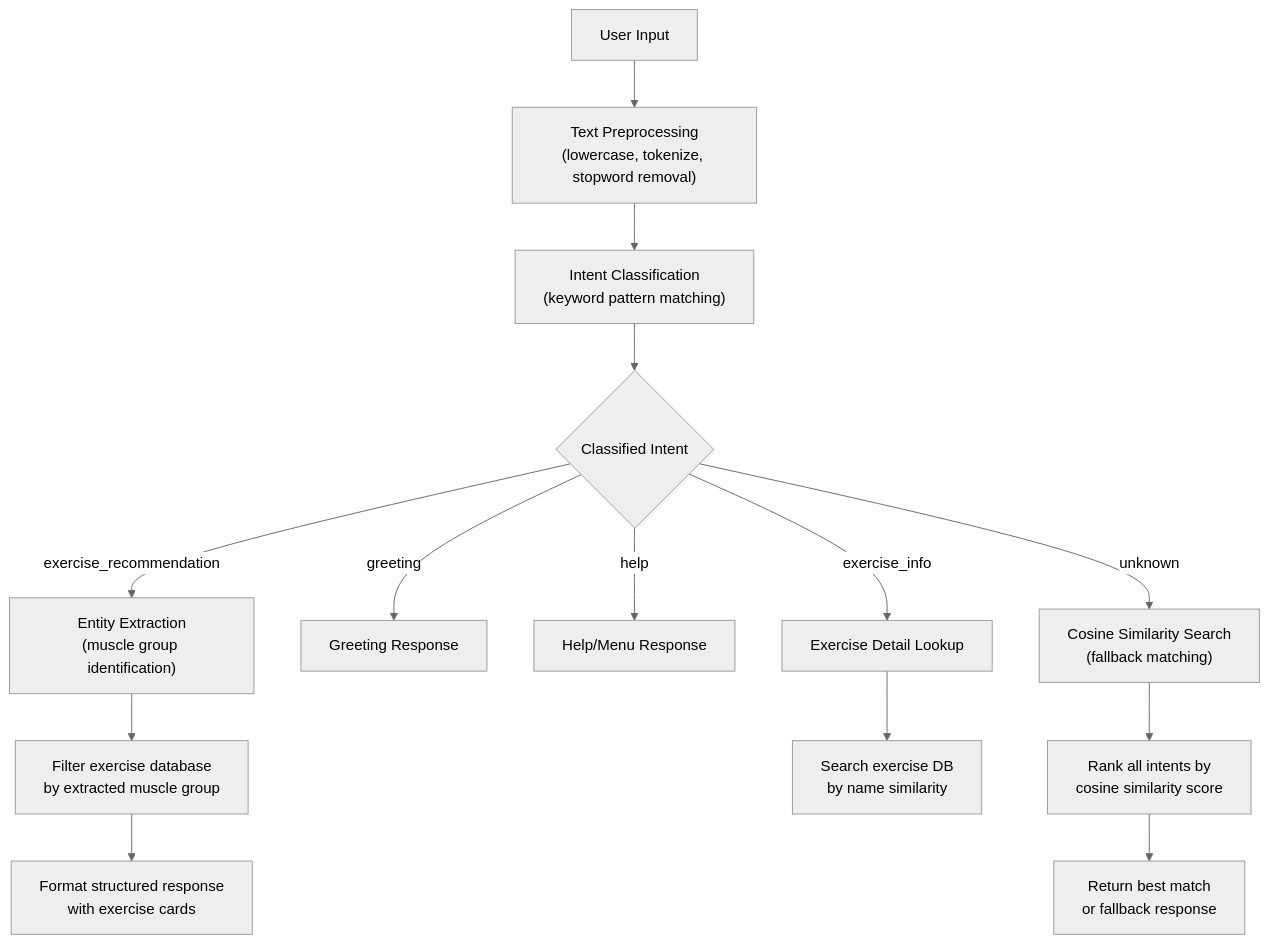
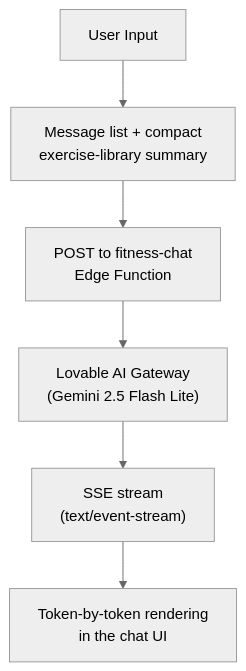
The second of 2 diagrams in FitBox_Synopsis.md (AradhyaMalaviya/art-decoder-tool), drawn with Mermaid (neutral theme) before and after one commit. The commit also changed other lines of this file and 5 other files, not shown here.

````diff
--- a/FitBox_Synopsis.md
+++ b/FitBox_Synopsis.md
@@ -80,16 +80,8 @@
 ```mermaid
 flowchart TD
-    A["User Input"] --> B["Text Preprocessing<br/>(lowercase, tokenize, stopword removal)"]
-    B --> C["Intent Classification<br/>(keyword pattern matching)"]
-    C --> D{"Classified Intent"}
-    D -->|exercise_recommendation| E["Entity Extraction<br/>(muscle group identification)"]
-    D -->|greeting| F["Greeting Response"]
-    D -->|help| G["Help/Menu Response"]
-    D -->|exercise_info| H["Exercise Detail Lookup"]
-    D -->|unknown| I["Cosine Similarity Search<br/>(fallback matching)"]
-    E --> J["Filter exercise database<br/>by extracted muscle group"]
-    J --> K["Format structured response<br/>with exercise cards"]
-    H --> L["Search exercise DB<br/>by name similarity"]
-    I --> M["Rank all intents by<br/>cosine similarity score"]
-    M --> N["Return best match<br/>or fallback response"]
+    A["User Input"] --> B["Message list + compact<br/>exercise-library summary"]
+    B --> C["POST to fitness-chat<br/>Edge Function"]
+    C --> D["Lovable AI Gateway<br/>(Gemini 2.5 Flash Lite)"]
+    D --> E["SSE stream<br/>(text/event-stream)"]
+    E --> F["Token-by-token rendering<br/>in the chat UI"]
 ```
````
